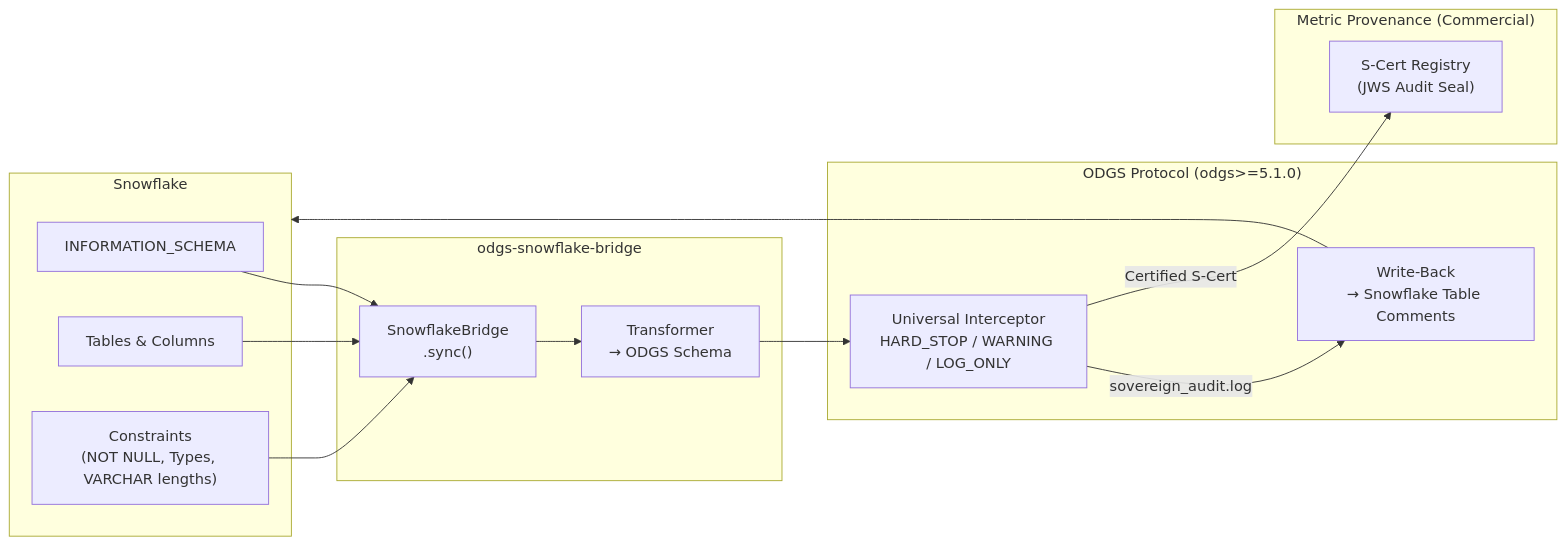
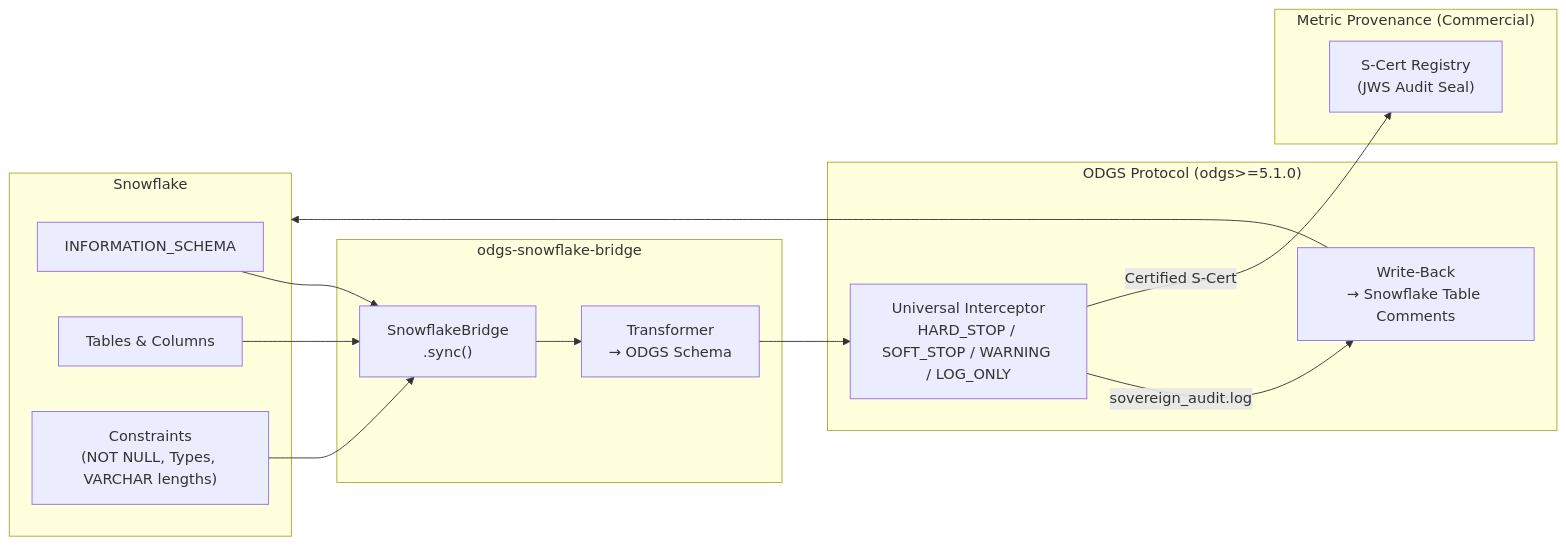
One commit to MetricProvenance/odgs-snowflake-bridge changed the diagram in README.md. Above: the diagram before and after it, drawn with Mermaid. The commit also changed other lines of this file and 3 other files, not shown here.

````diff
--- a/README.md
+++ b/README.md
@@ -20,26 +20,26 @@
 ```mermaid
 flowchart LR
     subgraph SF["Snowflake"]
         IS["INFORMATION_SCHEMA"]
         TBL["Tables & Columns"]
         CON["Constraints\n(NOT NULL, Types, VARCHAR lengths)"]
     end
 
     subgraph Bridge["odgs-snowflake-bridge"]
         T["SnowflakeBridge\n.sync()"]
         TR["Transformer\n→ ODGS Schema"]
     end
 
     subgraph ODGS["ODGS Protocol (odgs>=5.1.0)"]
-        I["Universal Interceptor\nHARD_STOP / WARNING / LOG_ONLY"]
+        I["Universal Interceptor\nHARD_STOP / SOFT_STOP / WARNING / LOG_ONLY"]
         WB["Write-Back\n→ Snowflake Table Comments"]
     end
 
     subgraph MP["Metric Provenance (Commercial)"]
         SC["S-Cert Registry\n(JWS Audit Seal)"]
     end
 
     IS & TBL & CON --> T --> TR --> I
     I -->|"sovereign_audit.log"| WB --> SF
     I -->|"Certified S-Cert"| SC
 ```
````
